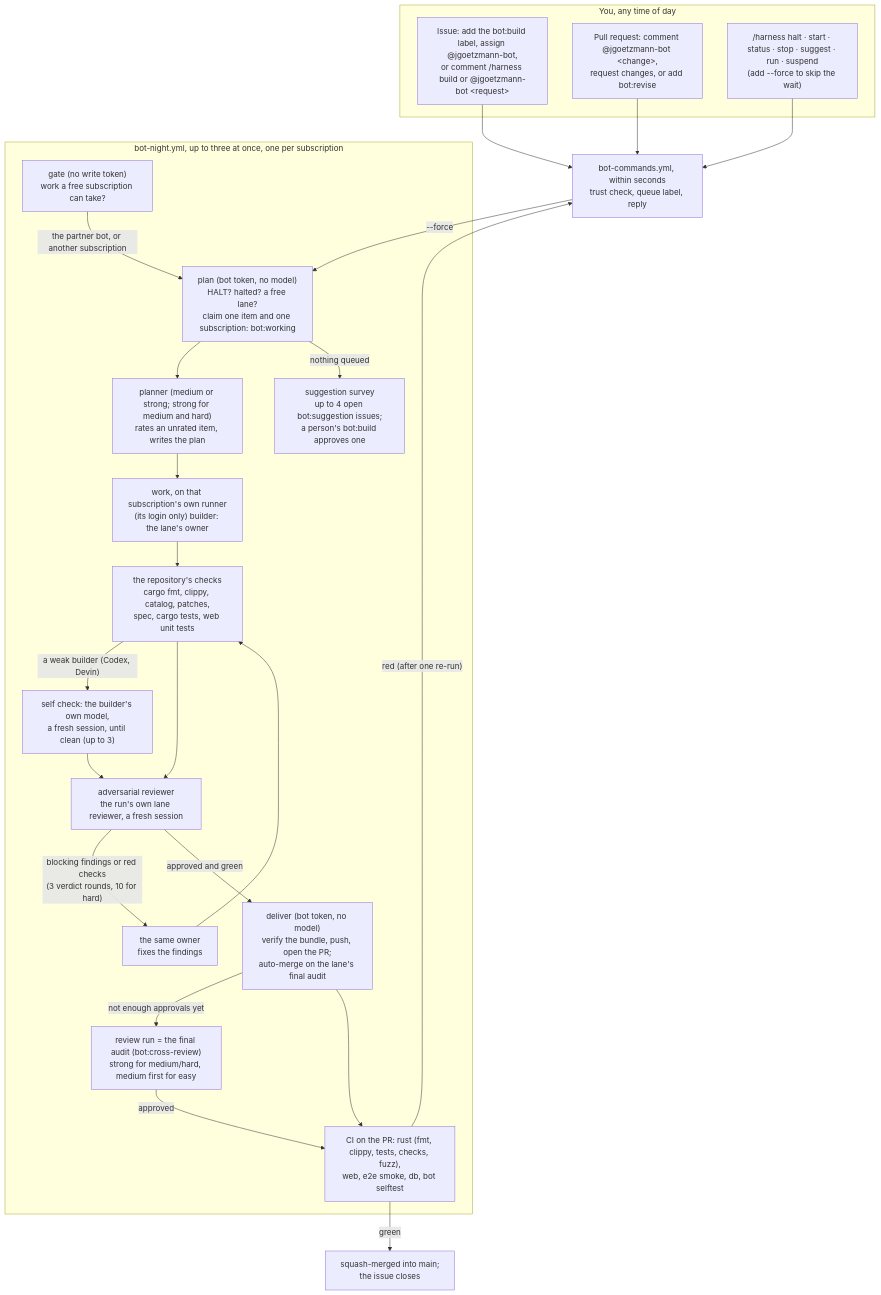
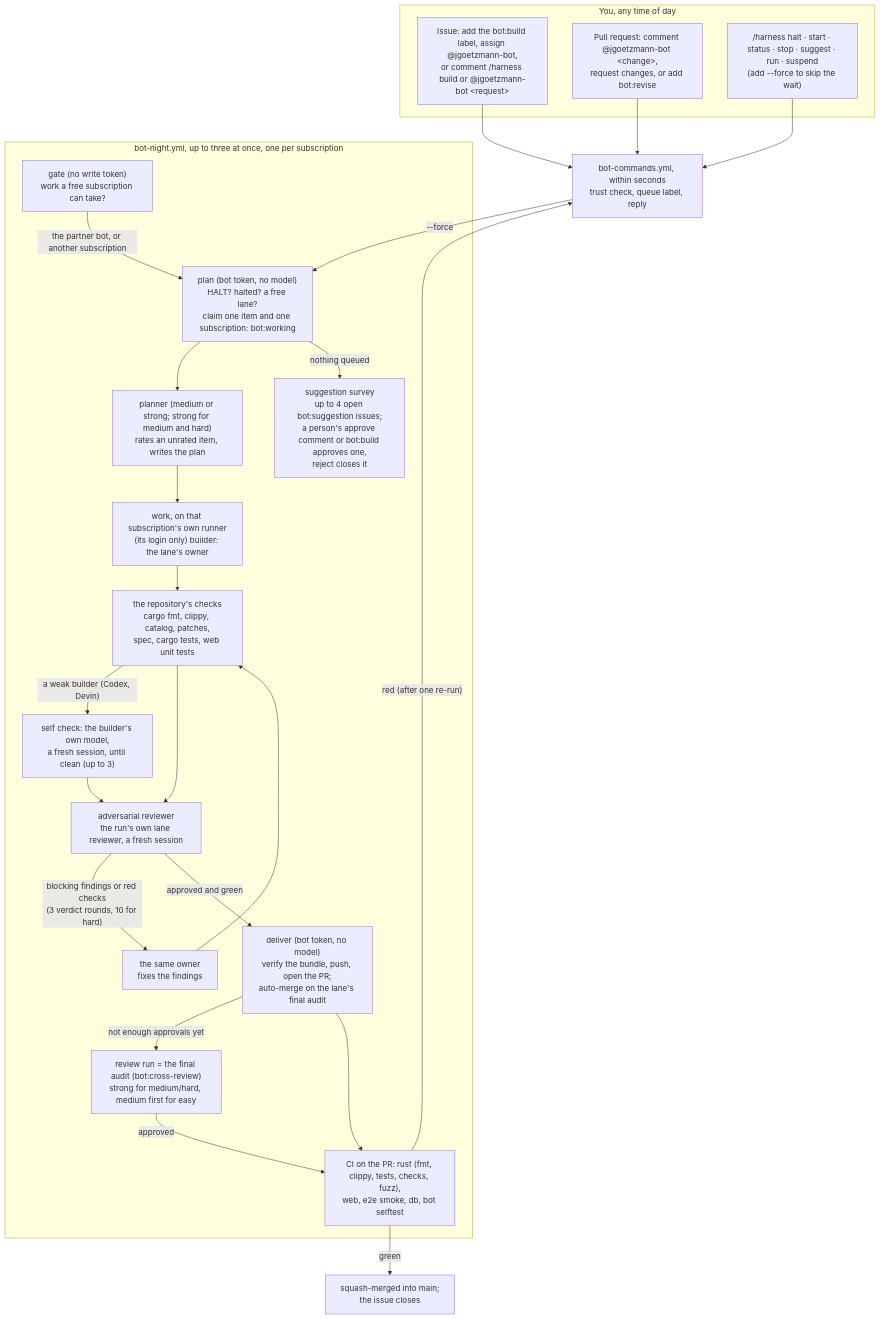
Before and after one commit to Jlore-Studios/JackiOh: the diagram in bot/README.md, drawn with Mermaid. The commit also changed other lines of this file and 21 other files, not shown here.

First line of the commit message:
Night bot: approve or reject suggestions by comment, and a `human required` label (#794)

````diff
--- a/bot/README.md
+++ b/bot/README.md
@@ -31,33 +31,33 @@
 ```mermaid
 flowchart TD
   subgraph you["You, any time of day"]
     I["Issue: add the bot:build label, assign @jgoetzmann-bot,<br/>or comment /harness build or @jgoetzmann-bot &lt;request&gt;"]
     P["Pull request: comment @jgoetzmann-bot &lt;change&gt;,<br/>request changes, or add bot:revise"]
     K["/harness halt · start · status · stop · suggest · run · suspend<br/>(add --force to skip the wait)"]
   end
   I --> E
   P --> E
   K --> E
   E["bot-commands.yml, within seconds<br/>trust check, queue label, reply"]
   E -- "--force" --> PL
   subgraph night["bot-night.yml, up to three at once, one per subscription"]
     GA["gate (no write token)<br/>work a free subscription can take?"]
     GA -- "the partner bot, or another subscription" --> PL
     PL["plan (bot token, no model)<br/>HALT? halted? a free lane?<br/>claim one item and one subscription: bot:working"]
     PL --> PN["planner (medium or strong; strong for medium and hard)<br/>rates an unrated item, writes the plan"]
     PN --> B["work, on that subscription's own runner<br/>(its login only) builder: the lane's owner"]
     B --> G["the repository's checks<br/>cargo fmt, clippy, catalog, patches,<br/>spec, cargo tests, web unit tests"]
     G -- "a weak builder (Codex, Devin)" --> SC["self check: the builder's own model,<br/>a fresh session, until clean (up to 3)"]
     SC --> R
     G --> R["adversarial reviewer<br/>the run's own lane reviewer, a fresh session"]
     R -- "blocking findings or red checks<br/>(3 verdict rounds, 10 for hard)" --> F["the same owner<br/>fixes the findings"]
     F --> G
     R -- "approved and green" --> D["deliver (bot token, no model)<br/>verify the bundle, push, open the PR;<br/>auto-merge on the lane's final audit"]
     D -- "not enough approvals yet" --> X["review run = the final audit (bot:cross-review)<br/>strong for medium/hard, medium first for easy"]
     X -- "approved" --> CI
-    PL -- "nothing queued" --> S["suggestion survey<br/>up to 4 open bot:suggestion issues;<br/>a person's bot:build approves one"]
+    PL -- "nothing queued" --> S["suggestion survey<br/>up to 4 open bot:suggestion issues;<br/>a person's approve comment or bot:build approves one,<br/>reject closes it"]
   end
   D --> CI["CI on the PR: rust (fmt, clippy, tests, checks, fuzz),<br/>web, e2e smoke, db, bot selftest"]
   CI -- "green" --> M["squash-merged into main;<br/>the issue closes"]
   CI -- "red (after one re-run)" --> E
 ```
````
